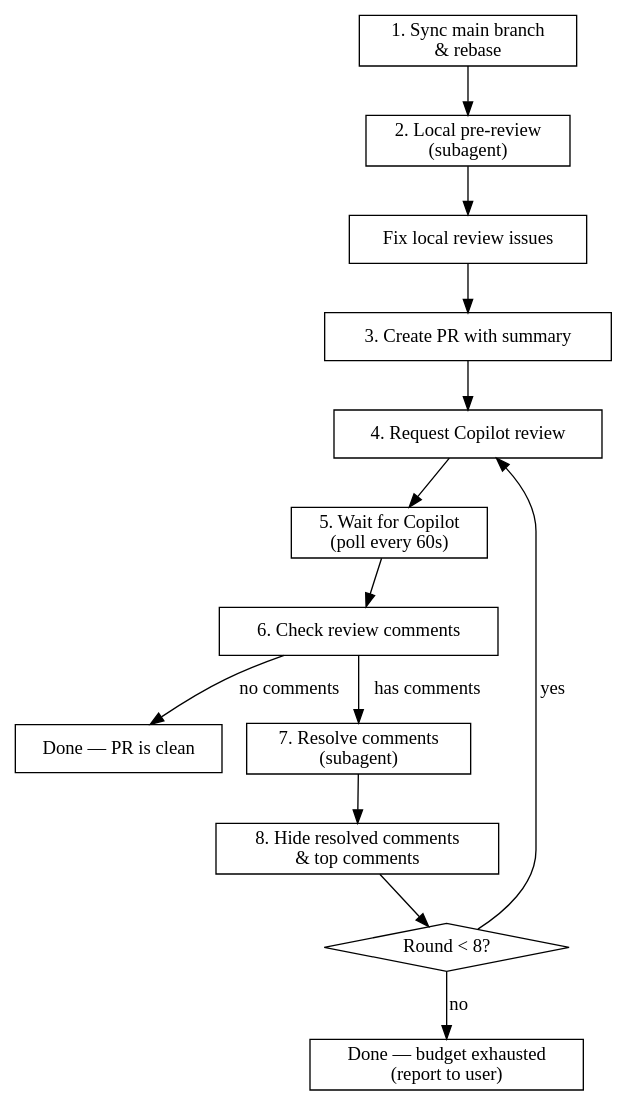
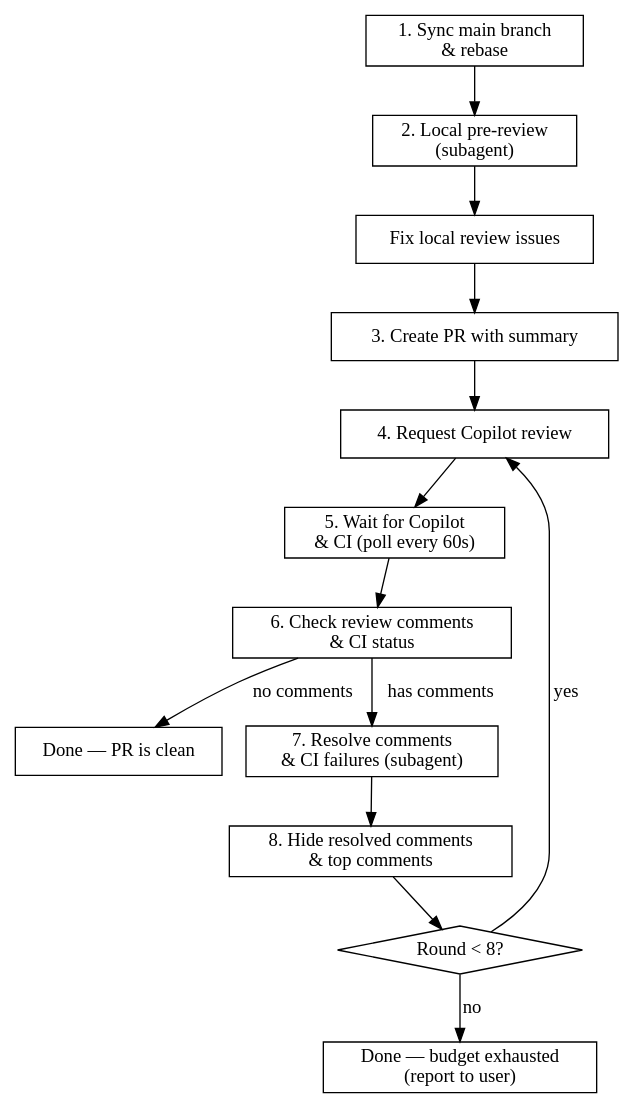
One commit to silver-ymz/the-controller changed the diagram in skills/the-controller-submitting-pr-with-copilot-review/SKILL.md. Above: the diagram before and after it, drawn with Graphviz. The commit also changed other lines of this file, not shown here.

First line of the commit message:
feat: add CI check waiting alongside Copilot review in poll loop

````diff
--- a/skills/the-controller-submitting-pr-with-copilot-review/SKILL.md
+++ b/skills/the-controller-submitting-pr-with-copilot-review/SKILL.md
@@ -21,32 +21,32 @@
 ```dot
 digraph pr_workflow {
     rankdir=TB;
     node [shape=box];
 
     sync_main [label="1. Sync main branch\n& rebase"];
     local_review [label="2. Local pre-review\n(subagent)"];
     fix_local [label="Fix local review issues"];
     create_pr [label="3. Create PR with summary"];
     request_copilot [label="4. Request Copilot review"];
-    wait_copilot [label="5. Wait for Copilot\n(poll every 60s)"];
-    check_comments [label="6. Check review comments"];
+    wait_copilot [label="5. Wait for Copilot\n& CI (poll every 60s)"];
+    check_comments [label="6. Check review comments\n& CI status"];
     no_comments [label="Done — PR is clean"];
-    resolve_comments [label="7. Resolve comments\n(subagent)"];
+    resolve_comments [label="7. Resolve comments\n& CI failures (subagent)"];
     hide_comments [label="8. Hide resolved comments\n& top comments"];
     budget_check [label="Round < 8?", shape=diamond];
     force_stop [label="Done — budget exhausted\n(report to user)"];
 
     sync_main -> local_review;
     local_review -> fix_local;
     fix_local -> create_pr;
     create_pr -> request_copilot;
     request_copilot -> wait_copilot;
     wait_copilot -> check_comments;
     check_comments -> no_comments [label="no comments"];
     check_comments -> resolve_comments [label="has comments"];
     resolve_comments -> hide_comments;
     hide_comments -> budget_check;
     budget_check -> request_copilot [label="yes"];
     budget_check -> force_stop [label="no"];
 }
 ```
````
